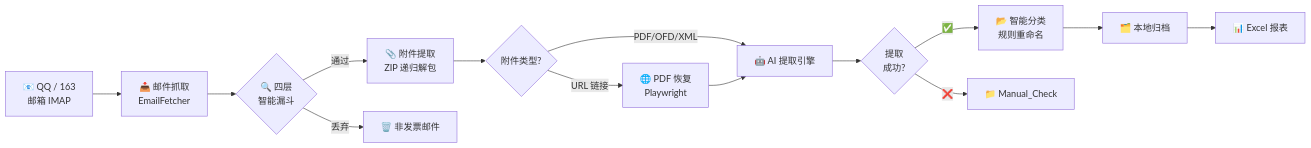
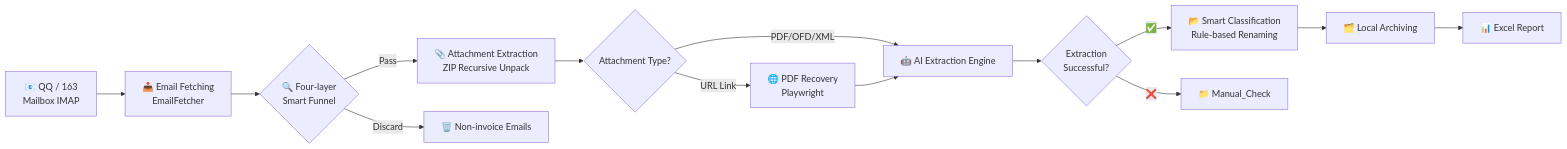
One commit to EthanYoQ/Invoice-Downloader changed the first of 2 diagrams in README.md. Above: the diagram before and after it, drawn with Mermaid. The commit also changed other lines of this file and 1 other file, not shown here.

````diff
--- a/README.md
+++ b/README.md
@@ -39,16 +41,16 @@
 ```mermaid
 flowchart LR
-    A["📧 QQ / 163\n邮箱 IMAP"] --> B["📥 邮件抓取\nEmailFetcher"]
-    B --> C{"🔍 四层\n智能漏斗"}
-    C -->|"通过"| D["📎 附件提取\nZIP 递归解包"]
-    C -->|"丢弃"| X["🗑️ 非发票邮件"]
-    D --> E{"附件类型?"}
-    E -->|"PDF/OFD/XML"| F["🤖 AI 提取引擎"]
-    E -->|"URL 链接"| G["🌐 PDF 恢复\nPlaywright"]
+    A["📧 QQ / 163\nMailbox IMAP"] --> B["📥 Email Fetching\nEmailFetcher"]
+    B --> C{"🔍 Four-layer\nSmart Funnel"}
+    C -->|"Pass"| D["📎 Attachment Extraction\nZIP Recursive Unpack"]
+    C -->|"Discard"| X["🗑️ Non-invoice Emails"]
+    D --> E{"Attachment Type?"}
+    E -->|"PDF/OFD/XML"| F["🤖 AI Extraction Engine"]
+    E -->|"URL Link"| G["🌐 PDF Recovery\nPlaywright"]
     G --> F
-    F --> H{"提取\n成功?"}
-    H -->|"✅"| I["📂 智能分类\n规则重命名"]
+    F --> H{"Extraction\nSuccessful?"}
+    H -->|"✅"| I["📂 Smart Classification\nRule-based Renaming"]
     H -->|"❌"| J["📁 Manual_Check"]
-    I --> K["🗂️ 本地归档"]
-    K --> L["📊 Excel 报表"]
+    I --> K["🗂️ Local Archiving"]
+    K --> L["📊 Excel Report"]
 ```
````
